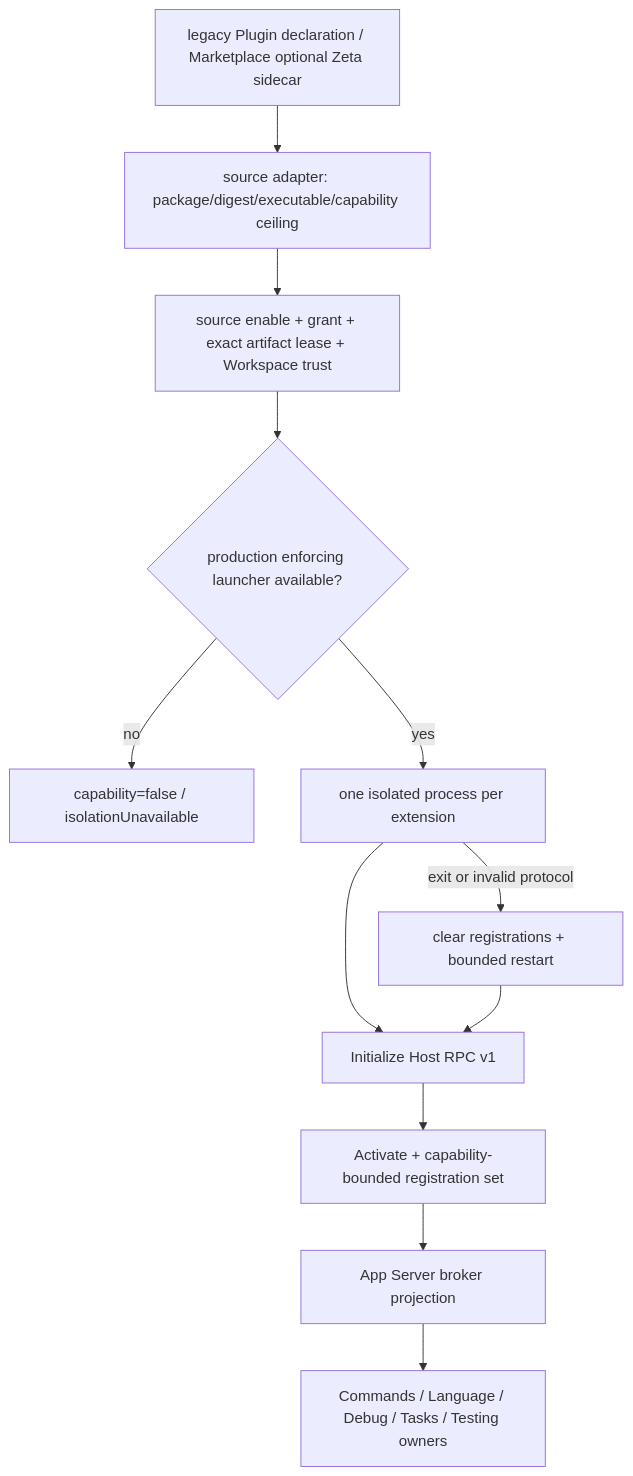
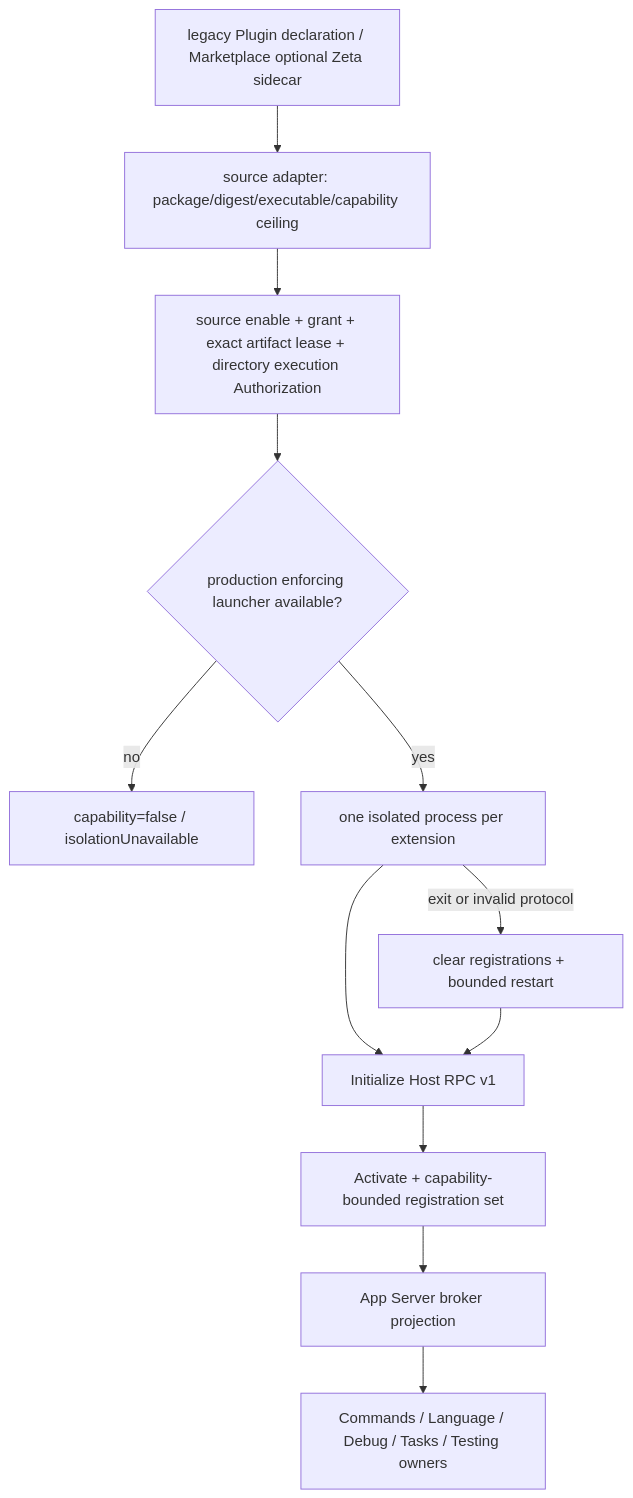
Before and after one commit to chogng/zeta: the second of 2 diagrams in docs/editor-extensions.md, drawn with Mermaid. The commit also changed other lines of this file and 950 other files, not shown here.

````diff
--- a/docs/editor-extensions.md
+++ b/docs/editor-extensions.md
@@ -79,14 +79,14 @@
 ```mermaid
 flowchart TD
     manifest["legacy Plugin declaration / Marketplace optional Zeta sidecar"] --> validate["source adapter: package/digest/executable/capability ceiling"]
-    validate --> authority["source enable + grant + exact artifact lease + Workspace trust"]
+    validate --> authority["source enable + grant + exact artifact lease + directory execution Authorization"]
     authority --> launcher{"production enforcing launcher available?"}
     launcher -->|no| unavailable["capability=false / isolationUnavailable"]
     launcher -->|yes| process["one isolated process per extension"]
     process --> handshake["Initialize Host RPC v1"]
     handshake --> activate["Activate + capability-bounded registration set"]
     activate --> broker["App Server broker projection"]
     broker --> domains["Commands / Language / Debug / Tasks / Testing owners"]
     process -->|exit or invalid protocol| recovery["clear registrations + bounded restart"]
     recovery --> handshake
 ```
````
